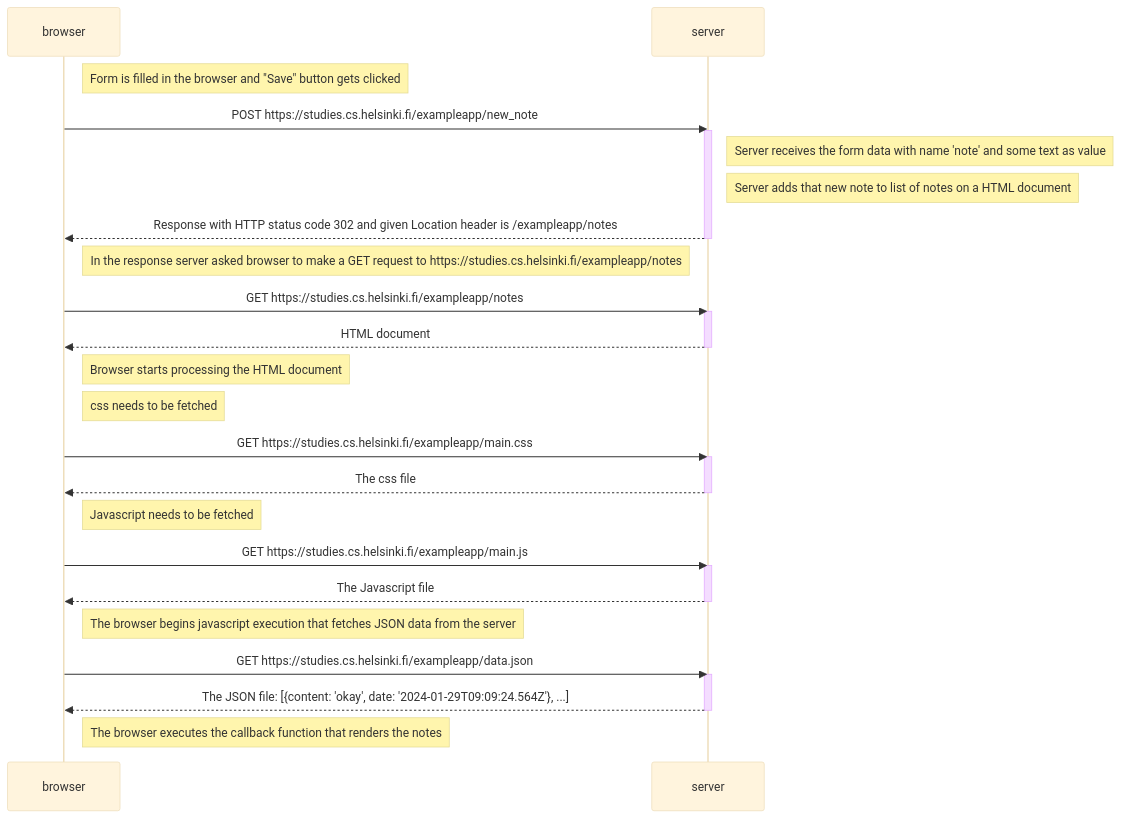
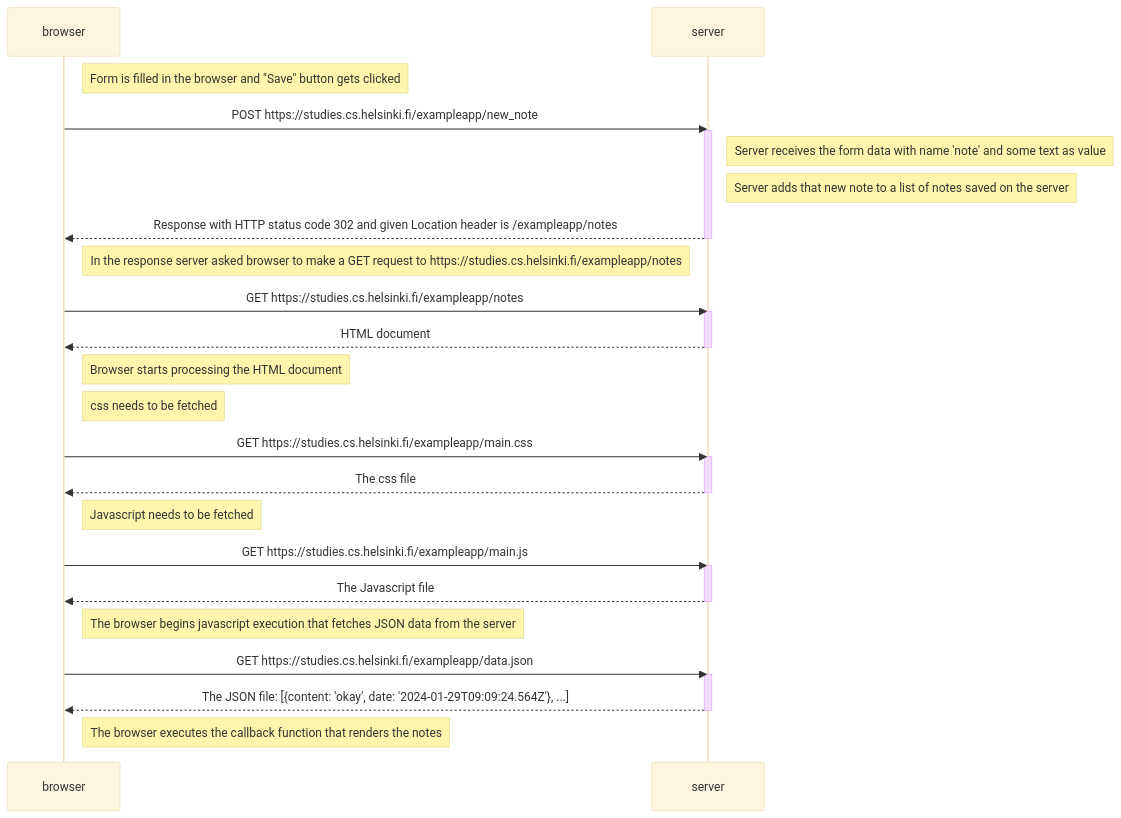
Before and after one commit to AksuCode/Full-Stack-Open: the diagram in exercises/part_0/New_note_diagram_0.4.md, drawn with Mermaid (base theme). The commit also changed 2 other files, not shown here.

Commit message:
Finishing touches

````diff
--- a/exercises/part_0/New_note_diagram_0.4.md
+++ b/exercises/part_0/New_note_diagram_0.4.md
@@ -1,46 +1,46 @@
 ```mermaid
 sequenceDiagram
     participant browser
     participant server
 
     Note right of browser: Form is filled in the browser and "Save" button gets clicked
 
     browser->>server: POST https://studies.cs.helsinki.fi/exampleapp/new_note
     activate server
     Note right of server: Server receives the form data with name 'note' and some text as value
-    Note right of server: Server adds that new note to list of notes on a HTML document
+    Note right of server: Server adds that new note to a list of notes saved on the server
     server-->>browser: Response with HTTP status code 302 and given Location header is /exampleapp/notes
     deactivate server
 
     Note right of browser: In the response server asked browser to make a GET request to https://studies.cs.helsinki.fi/exampleapp/notes
 
     browser->>server: GET https://studies.cs.helsinki.fi/exampleapp/notes
     activate server
     server-->>browser: HTML document
     deactivate server
 
     Note right of browser: Browser starts processing the HTML document
 
     Note right of browser: css needs to be fetched
 
     browser->>server: GET https://studies.cs.helsinki.fi/exampleapp/main.css
     activate server
     server-->>browser: The css file
     deactivate server
 
     Note right of browser: Javascript needs to be fetched
 
     browser->>server: GET https://studies.cs.helsinki.fi/exampleapp/main.js
     activate server
     server-->>browser: The Javascript file
     deactivate server
 
     Note right of browser: The browser begins javascript execution that fetches JSON data from the server
 
     browser->>server: GET https://studies.cs.helsinki.fi/exampleapp/data.json
     activate server
     server-->>browser: The JSON file: [{content: 'okay', date: '2024-01-29T09:09:24.564Z'}, ...]
     deactivate server
 
     Note right of browser: The browser executes the callback function that renders the notes
 ```
````
